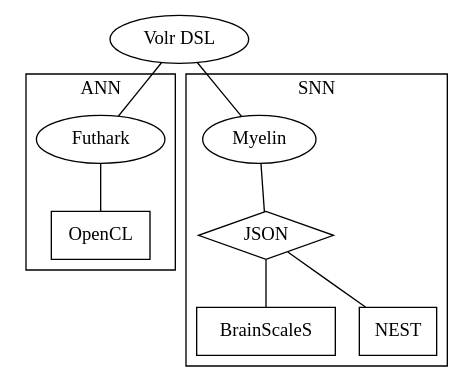
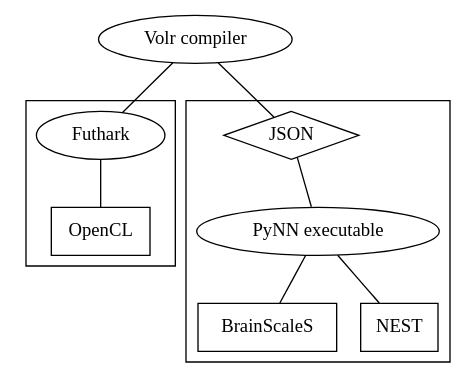
One commit to Jegp/thesis changed the diagram in report/images/volr-architecture.dot. Above: the diagram before and after it, drawn with Graphviz. The commit also changed 10 other files, not shown here.

```diff
--- a/report/images/volr-architecture.dot
+++ b/report/images/volr-architecture.dot
@@ -1,20 +1,21 @@
 graph {
-  "Volr DSL"
+  "Volr compiler"
   subgraph cluster_ann {
-    label="ANN";
+    label="";
     OpenCL [shape="box"]
     Futhark -- OpenCL
   }
   subgraph cluster_snn {
-    label="SNN"
+    label=""
     JSON [shape="diamond"]
     BrainScaleS [shape="box"]
     NEST [shape="box"]
-    Myelin -- JSON
-    JSON -- NEST
-    JSON -- BrainScaleS
+    JSON -- PyNN
+    PyNN -- NEST
+    PyNN -- BrainScaleS
   }
 
-  "Volr DSL" -- Myelin
-  "Volr DSL" -- Futhark
+  "Volr compiler" -- JSON
+  "Volr compiler" -- Futhark
+  PyNN [label="PyNN executable"]
 }
```
